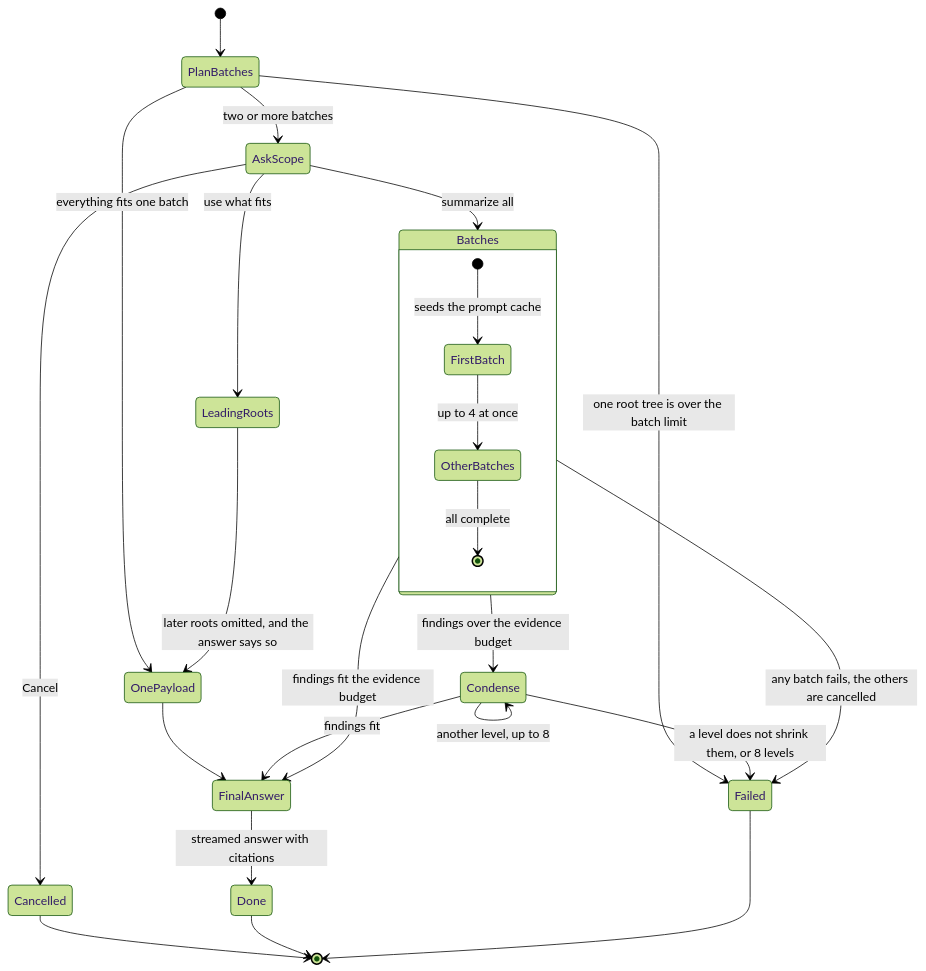
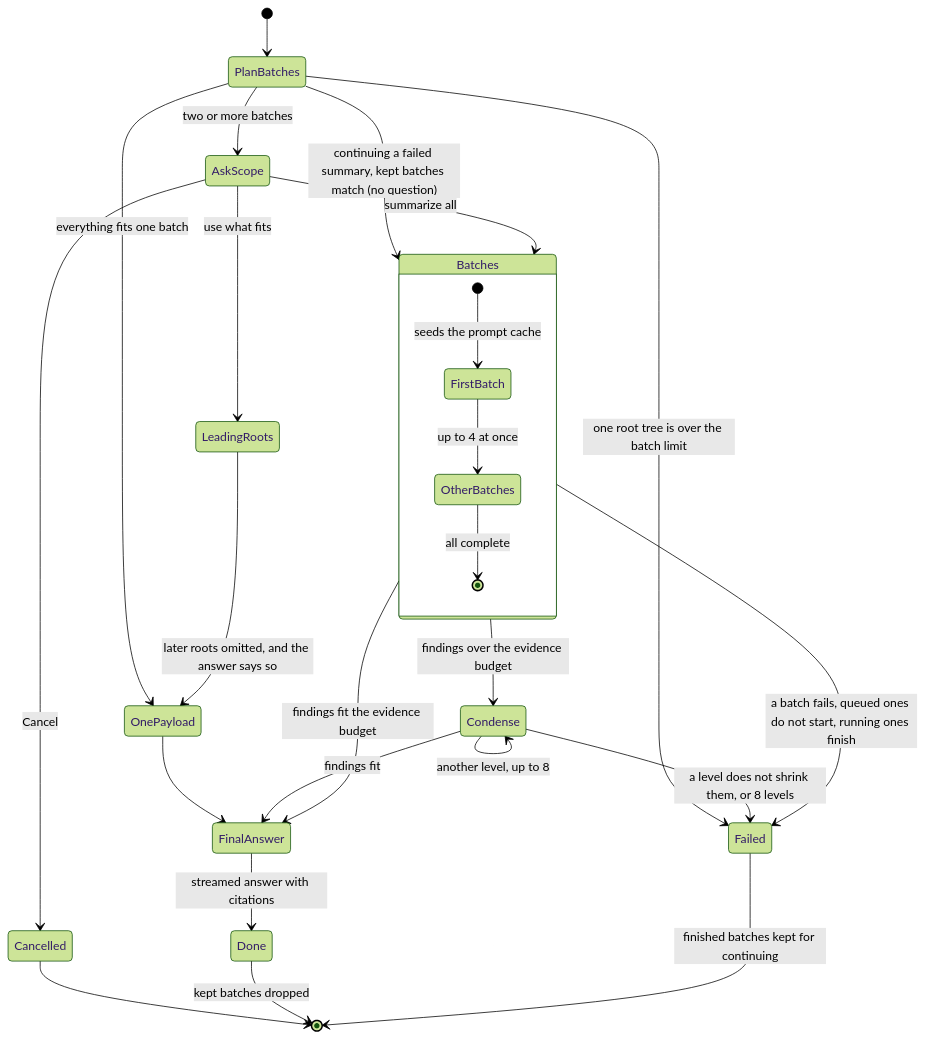
One commit to evolvingstuff/MetaList changed the diagram in docs/diagrams/agent-view-summary.mmd. Above: the diagram before and after it, drawn with Mermaid (forest theme). The commit also changed 42 other files, not shown here.

```diff
--- a/docs/diagrams/agent-view-summary.mmd
+++ b/docs/diagrams/agent-view-summary.mmd
@@ -1,25 +1,26 @@
 stateDiagram-v2
     [*] --> PlanBatches
     PlanBatches --> Failed : one root tree is over the batch limit
     PlanBatches --> OnePayload : everything fits one batch
     PlanBatches --> AskScope : two or more batches
+    PlanBatches --> Batches : continuing a failed summary, kept batches match (no question)
     AskScope --> Cancelled : Cancel
     AskScope --> LeadingRoots : use what fits
     AskScope --> Batches : summarize all
     LeadingRoots --> OnePayload : later roots omitted, and the answer says so
     OnePayload --> FinalAnswer
     state Batches {
         [*] --> FirstBatch : seeds the prompt cache
         FirstBatch --> OtherBatches : up to 4 at once
         OtherBatches --> [*] : all complete
     }
-    Batches --> Failed : any batch fails, the others are cancelled
+    Batches --> Failed : a batch fails, queued ones do not start, running ones finish
     Batches --> FinalAnswer : findings fit the evidence budget
     Batches --> Condense : findings over the evidence budget
     Condense --> Condense : another level, up to 8
     Condense --> FinalAnswer : findings fit
     Condense --> Failed : a level does not shrink them, or 8 levels
     FinalAnswer --> Done : streamed answer with citations
     Cancelled --> [*]
-    Done --> [*]
-    Failed --> [*]
+    Done --> [*] : kept batches dropped
+    Failed --> [*] : finished batches kept for continuing
```
